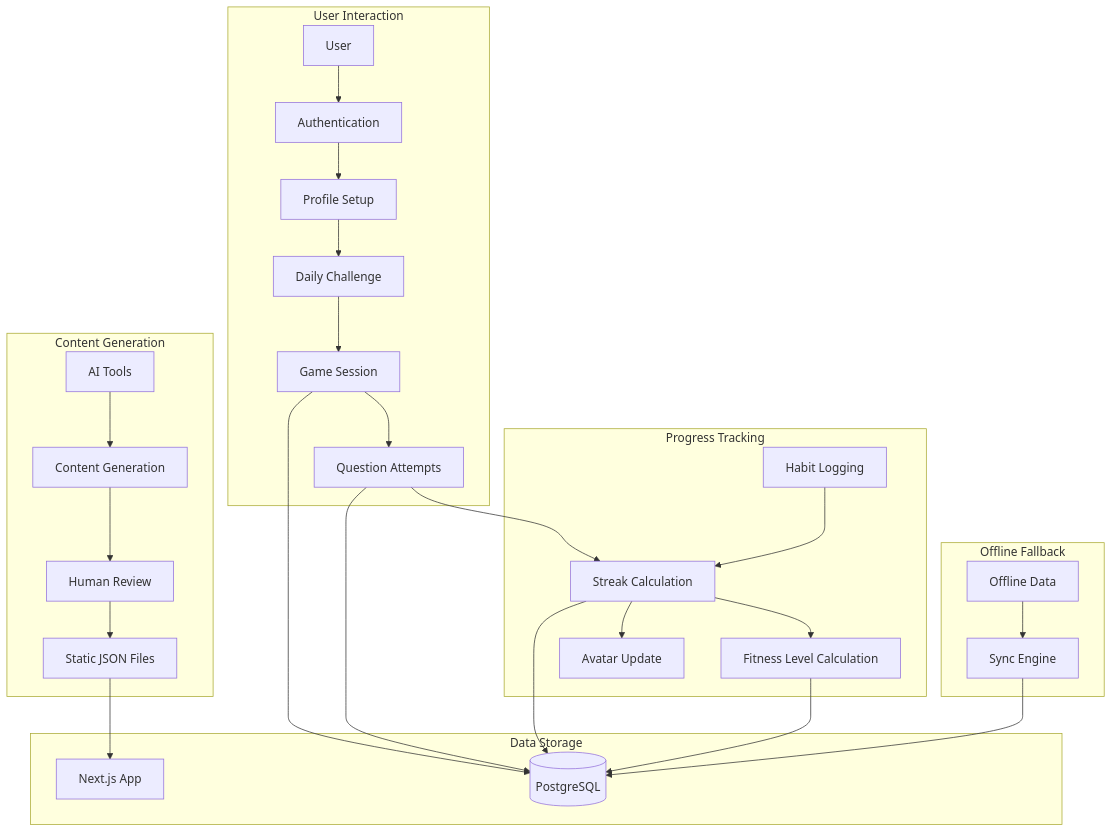
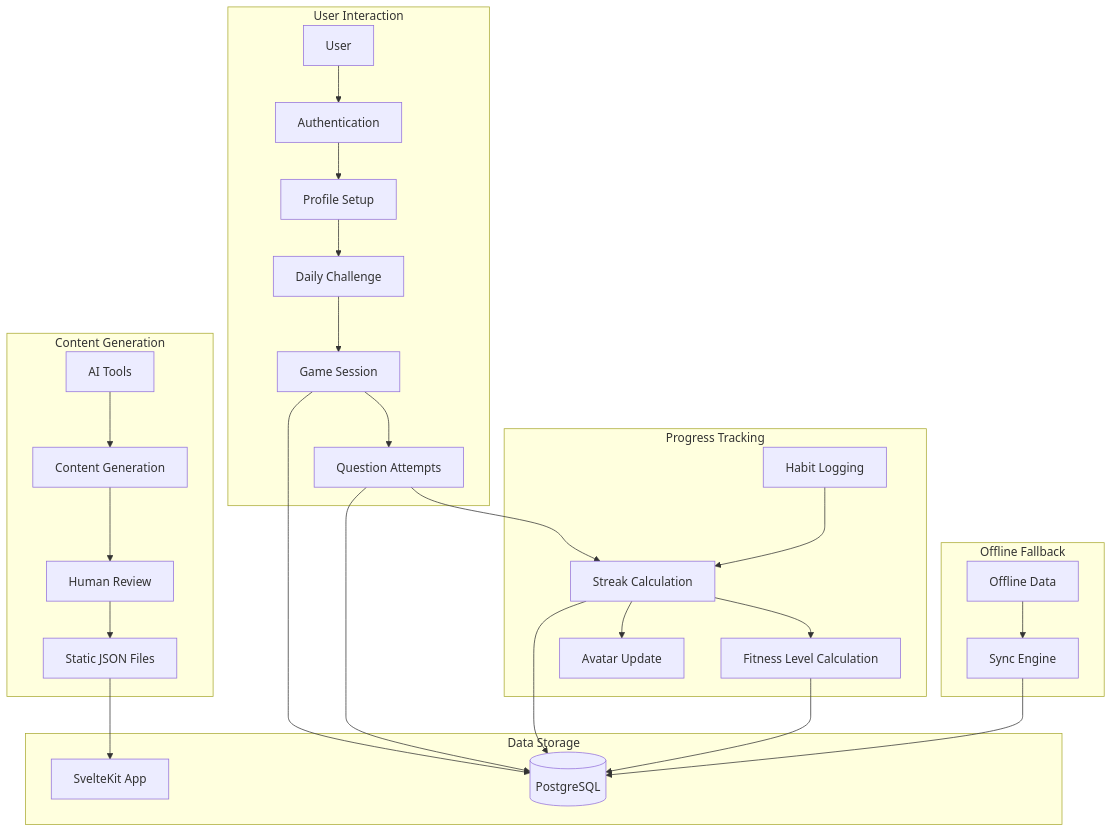
The second of 2 diagrams in game/design/architecture.md (midearth-labs/fit-journey), drawn with Mermaid before and after one commit. The commit also changed other lines of this file and 680 other files, not shown here.

````diff
--- a/game/design/architecture.md
+++ b/game/design/architecture.md
@@ -284,36 +284,36 @@
 ```mermaid
 flowchart TD
     subgraph "Content Generation"
         AI[AI Tools] --> ContentGen[Content Generation]
         ContentGen --> Validation[Human Review]
         Validation --> StaticJSON[Static JSON Files]
     end
     
     subgraph "User Interaction"
         User[User] --> Auth[Authentication]
         Auth --> Profile[Profile Setup]
         Profile --> DailyChallenge[Daily Challenge]
         DailyChallenge --> GameSession[Game Session]
         GameSession --> QuestionAttempt[Question Attempts]
     end
     
     subgraph "Progress Tracking"
         QuestionAttempt --> StreakCalc[Streak Calculation]
         HabitLog[Habit Logging] --> StreakCalc
         StreakCalc --> FitnessLevelCalc[Fitness Level Calculation]
         StreakCalc --> AvatarUpdate[Avatar Update]
     end
     
     subgraph "Data Storage"
-        StaticJSON --> NextJS[Next.js App]
+        StaticJSON --> SvelteKit[SvelteKit App]
         GameSession --> PostgreSQL[(PostgreSQL)]
         QuestionAttempt --> PostgreSQL
         StreakCalc --> PostgreSQL
         FitnessLevelCalc --> PostgreSQL
     end
     
     subgraph "Offline Fallback"
         OfflineData[Offline Data] --> Sync[Sync Engine]
         Sync --> PostgreSQL
     end
 ```
````
